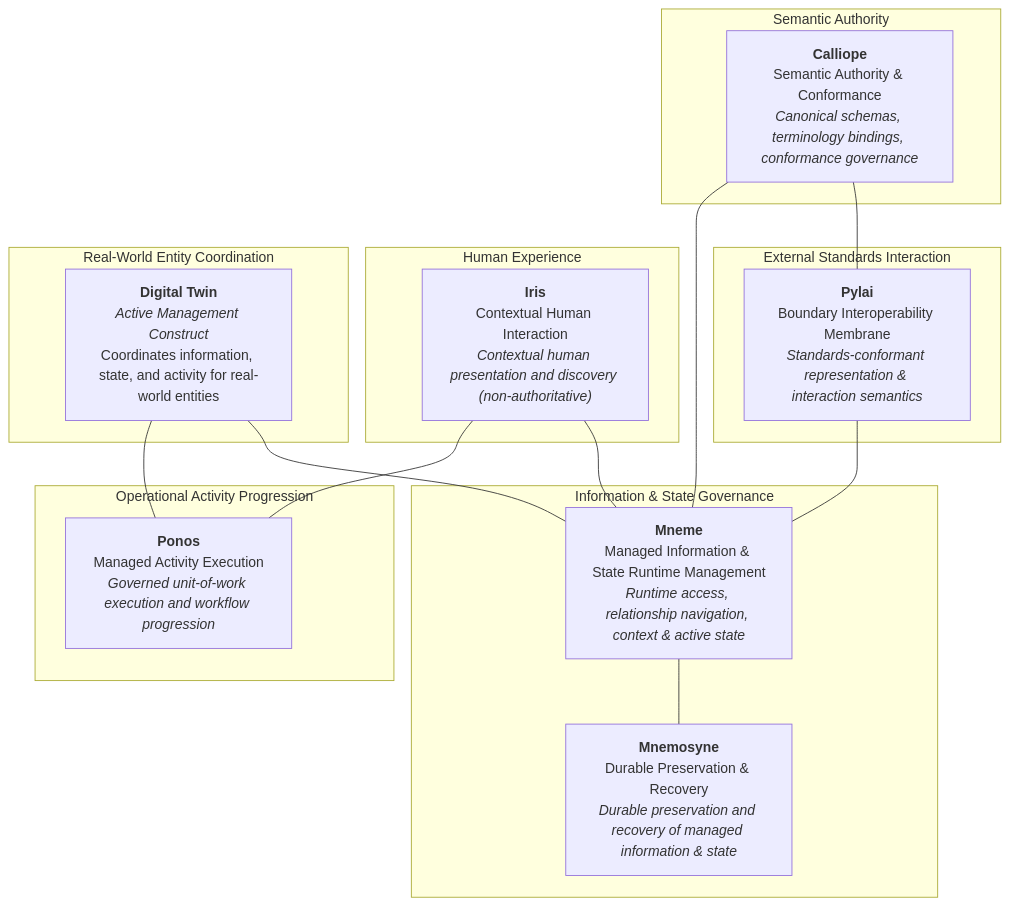
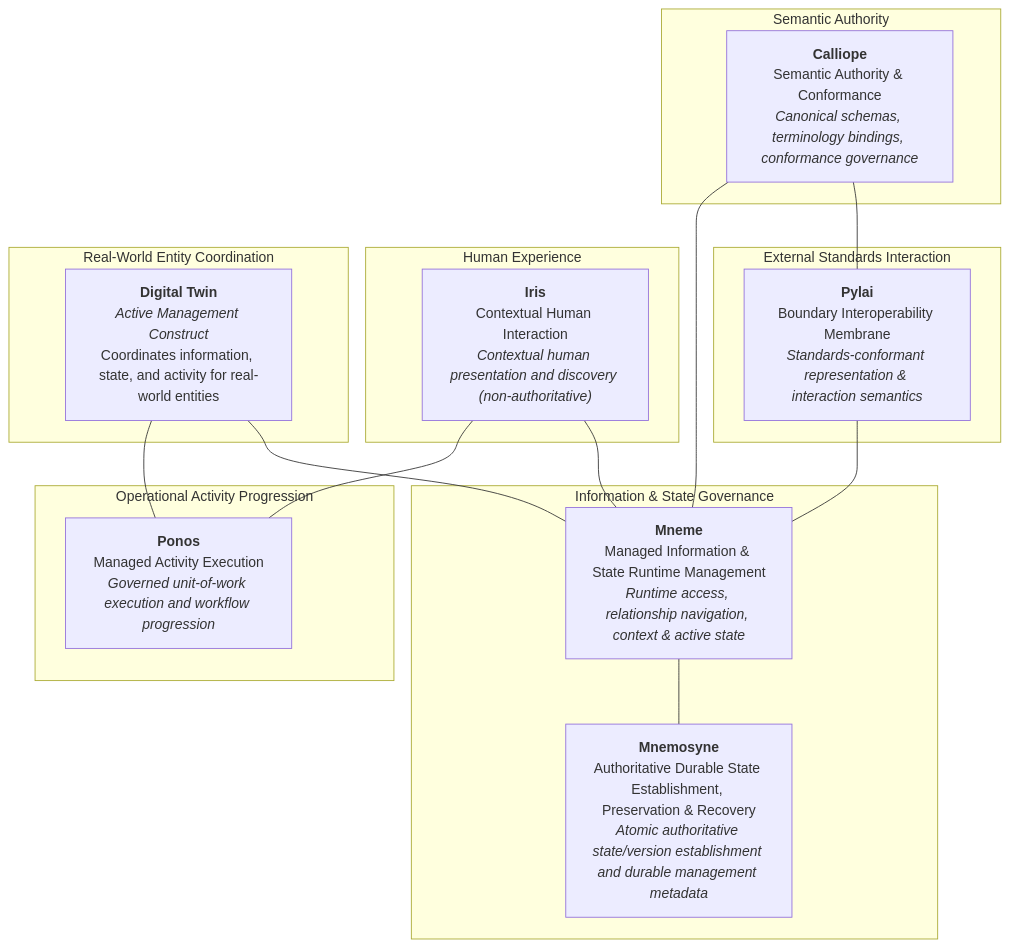
Before and after one commit to fhirfactory/harmonia: the diagram in docs/markdown/02-strategy/strategic-views/logical-component-responsibilities.md, drawn with Mermaid. The commit also changed other lines of this file and 39 other files, not shown here.

````diff
--- a/docs/markdown/02-strategy/strategic-views/logical-component-responsibilities.md
+++ b/docs/markdown/02-strategy/strategic-views/logical-component-responsibilities.md
@@ -493,36 +501,36 @@
 ```mermaid
 graph TD
     subgraph ExternalBoundary ["External Standards Interaction"]
         Pylai["<b>Pylai</b><br/>Boundary Interoperability Membrane<br/><i>Standards-conformant representation & interaction semantics</i>"]
     end
 
     subgraph Semantics ["Semantic Authority"]
         Calliope["<b>Calliope</b><br/>Semantic Authority & Conformance<br/><i>Canonical schemas, terminology bindings, conformance governance</i>"]
     end
 
     subgraph Presentation ["Human Experience"]
         Iris["<b>Iris</b><br/>Contextual Human Interaction<br/><i>Contextual human presentation and discovery (non-authoritative)</i>"]
     end
 
     subgraph InformationAndState ["Information & State Governance"]
         Mneme["<b>Mneme</b><br/>Managed Information & State Runtime Management<br/><i>Runtime access, relationship navigation, context & active state</i>"]
-        Mnemosyne["<b>Mnemosyne</b><br/>Durable Preservation & Recovery<br/><i>Durable preservation and recovery of managed information & state</i>"]
+        Mnemosyne["<b>Mnemosyne</b><br/>Authoritative Durable State Establishment, Preservation & Recovery<br/><i>Atomic authoritative state/version establishment and durable management metadata</i>"]
     end
 
     subgraph Execution ["Operational Activity Progression"]
         Ponos["<b>Ponos</b><br/>Managed Activity Execution<br/><i>Governed unit-of-work execution and workflow progression</i>"]
     end
 
     subgraph Coordination ["Real-World Entity Coordination"]
         DigitalTwin["<b>Digital Twin</b><br/><i>Active Management Construct</i><br/>Coordinates information, state, and activity for real-world entities"]
     end
 
     Iris --- Mneme
     Iris --- Ponos
     Pylai --- Mneme
     DigitalTwin --- Mneme
     DigitalTwin --- Ponos
     Mneme --- Mnemosyne
     Calliope --- Pylai
     Calliope --- Mneme
 ```
````
